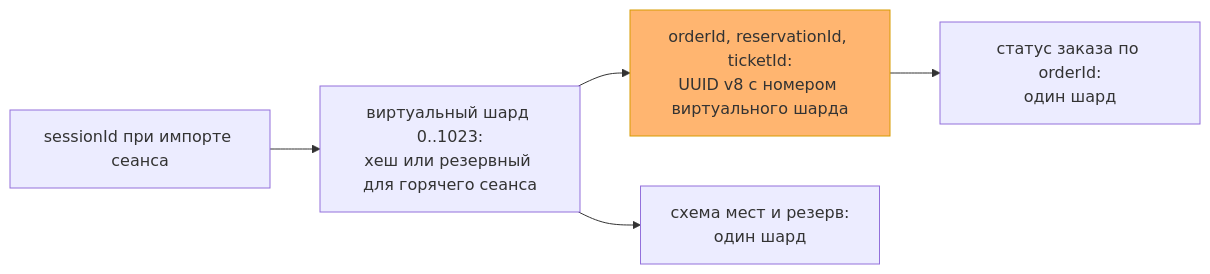
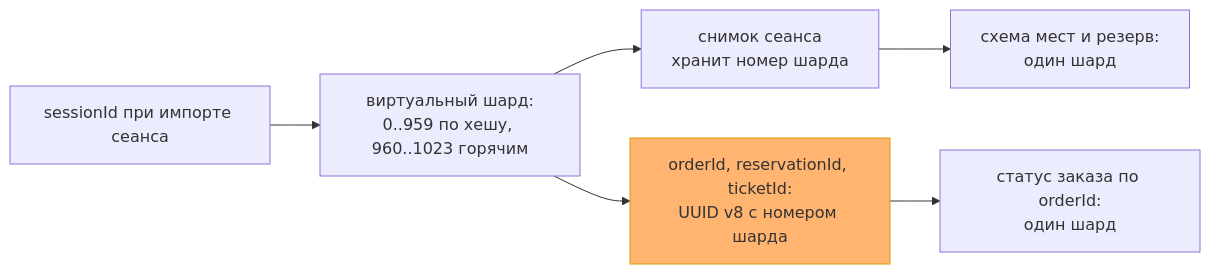
One commit to TIR44/event-ticket-booking changed the first of 2 diagrams in docs/data-scaling.md. Above: the diagram before and after it, drawn with Mermaid. The commit also changed other lines of this file and 13 other files, not shown here.

````diff
--- a/docs/data-scaling.md
+++ b/docs/data-scaling.md
@@ -61,8 +65,9 @@
 ```mermaid
 flowchart LR
-    S["sessionId при импорте сеанса"] --> H["виртуальный шард 0..1023:<br/>хеш или резервный для горячего сеанса"]
-    H --> ID["orderId, reservationId, ticketId:<br/>UUID v8 с номером виртуального шарда"]
-    H --> Q1["схема мест и резерв:<br/>один шард"]
+    S["sessionId при импорте сеанса"] --> H["виртуальный шард:<br/>0..959 по хешу, 960..1023 горячим"]
+    H --> SNAP["снимок сеанса<br/>хранит номер шарда"]
+    H --> ID["orderId, reservationId, ticketId:<br/>UUID v8 с номером шарда"]
+    SNAP --> Q1["схема мест и резерв:<br/>один шард"]
     ID --> Q2["статус заказа по orderId:<br/>один шард"]
     style ID fill:#FFB570,stroke:#D79B00
 ```
````
